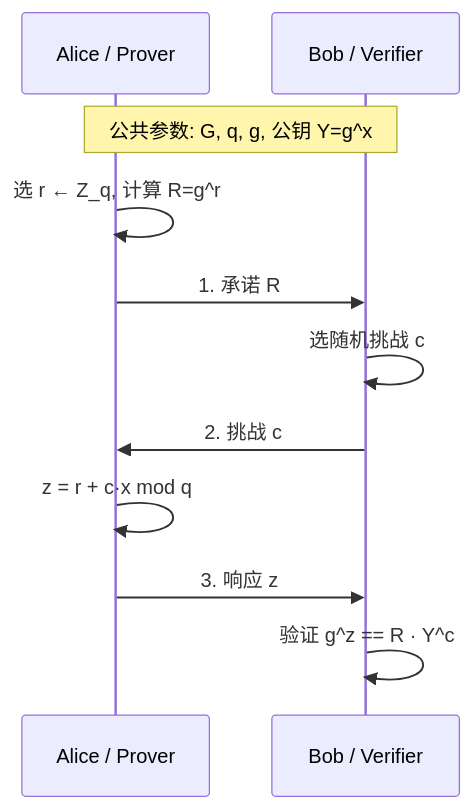
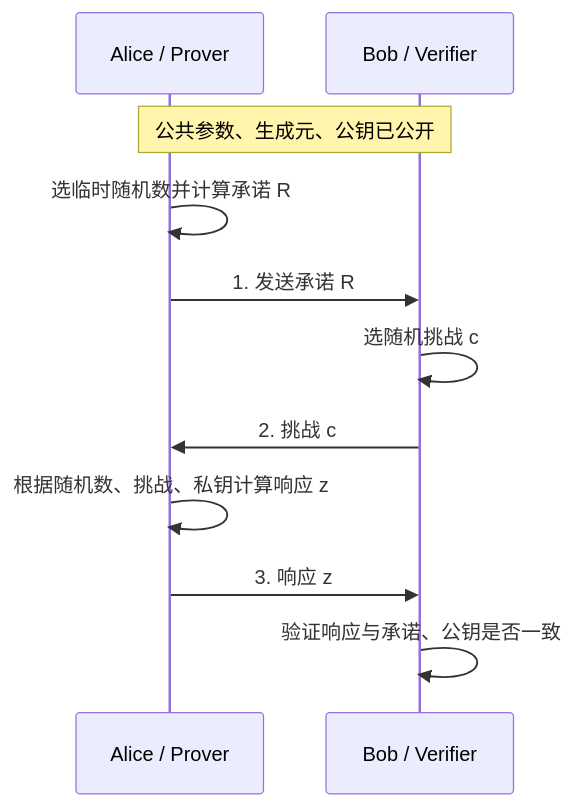
Before and after one commit to 22mouseok-crypto/obsidian-vault: the third of 21 diagrams in 大三下/密码协议/密码协议期末复习-Obsidian视觉版.md, drawn with Mermaid. The commit also changed other lines of this file, not shown here.

````diff
--- a/大三下/密码协议/密码协议期末复习-Obsidian视觉版.md
+++ b/大三下/密码协议/密码协议期末复习-Obsidian视觉版.md
@@ -111,14 +148,14 @@
 ```mermaid
 sequenceDiagram
     participant A as Alice / Prover
     participant B as Bob / Verifier
 
-    Note over A,B: 公共参数: G, q, g, 公钥 Y=g^x
-    A->>A: 选 r ← Z_q, 计算 R=g^r
-    A->>B: 1. 承诺 R
+    Note over A,B: 公共参数、生成元、公钥已公开
+    A->>A: 选临时随机数并计算承诺 R
+    A->>B: 1. 发送承诺 R
     B->>B: 选随机挑战 c
     B->>A: 2. 挑战 c
-    A->>A: z = r + c·x mod q
+    A->>A: 根据随机数、挑战、私钥计算响应 z
     A->>B: 3. 响应 z
-    B->>B: 验证 g^z == R · Y^c
+    B->>B: 验证响应与承诺、公钥是否一致
 ```
````
